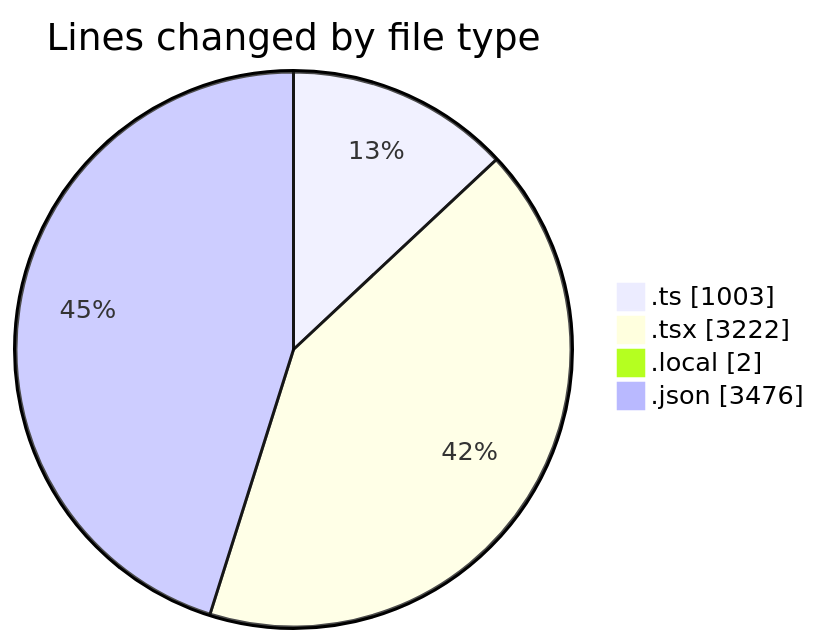
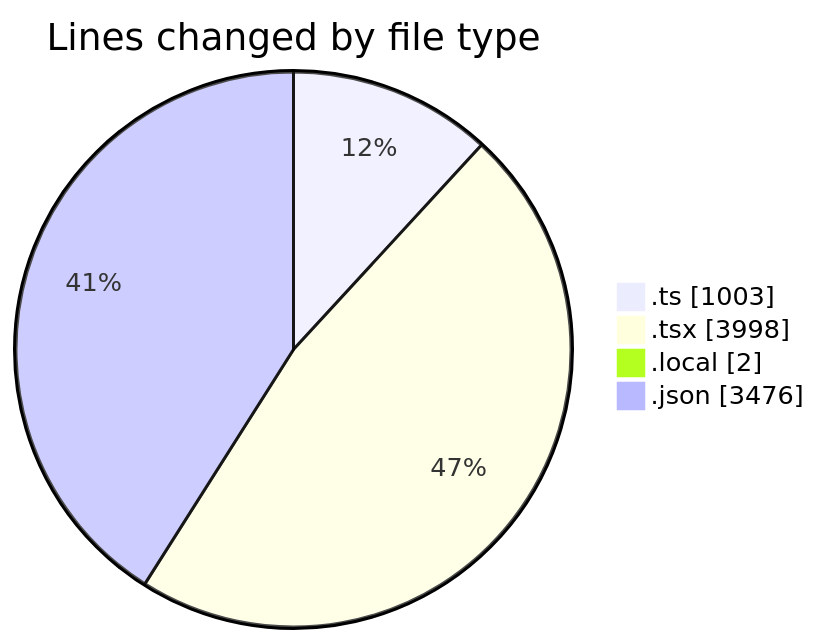
One commit to julien-gomy/code-tracking changed the first of 2 diagrams in 2025-10-28/eventscop-frontend-guide__workspace_/README.md. Above: the diagram before and after it, drawn with Mermaid. The commit also changed other lines of this file and 1 other file, not shown here.

````diff
--- a/2025-10-28/eventscop-frontend-guide__workspace_/README.md
+++ b/2025-10-28/eventscop-frontend-guide__workspace_/README.md
@@ -46,8 +49,8 @@
 ```mermaid
 pie showData
 title Lines changed by file type
 ".ts" : 1003
-".tsx" : 3222
+".tsx" : 3998
 ".local" : 2
 ".json" : 3476
 ```
````
